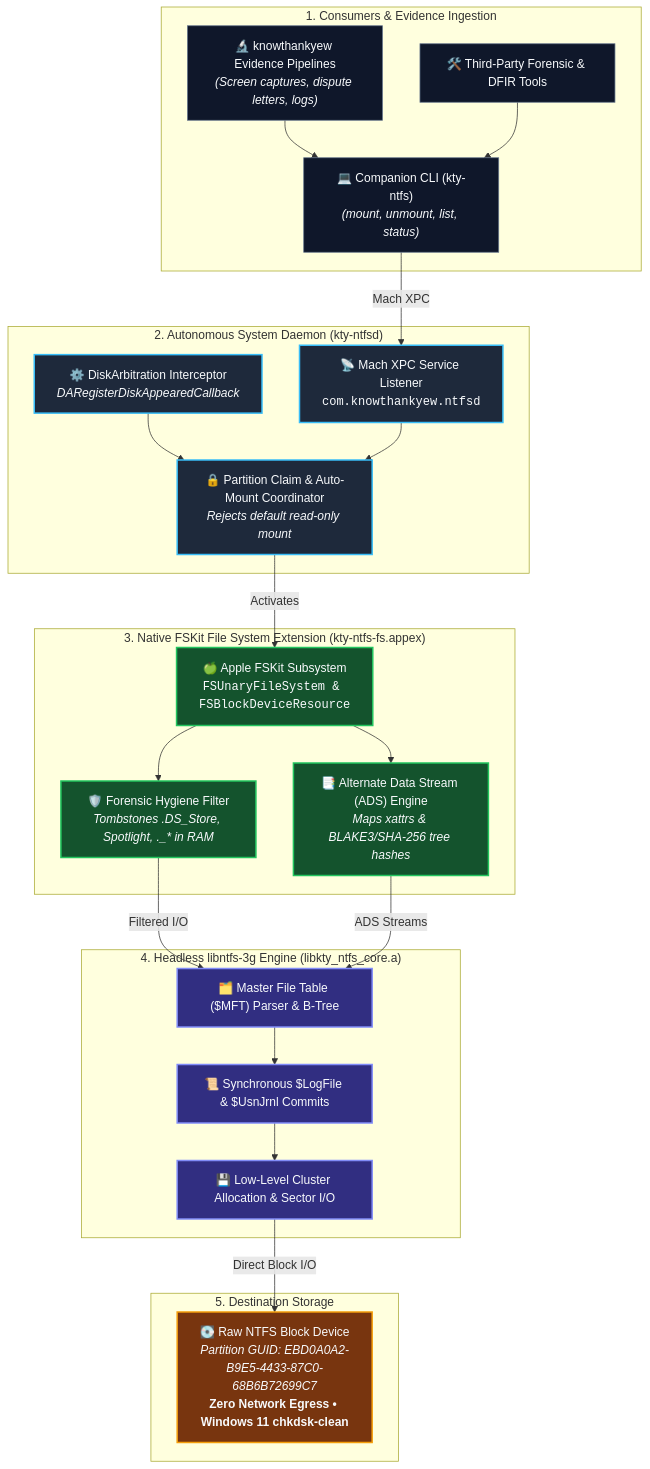
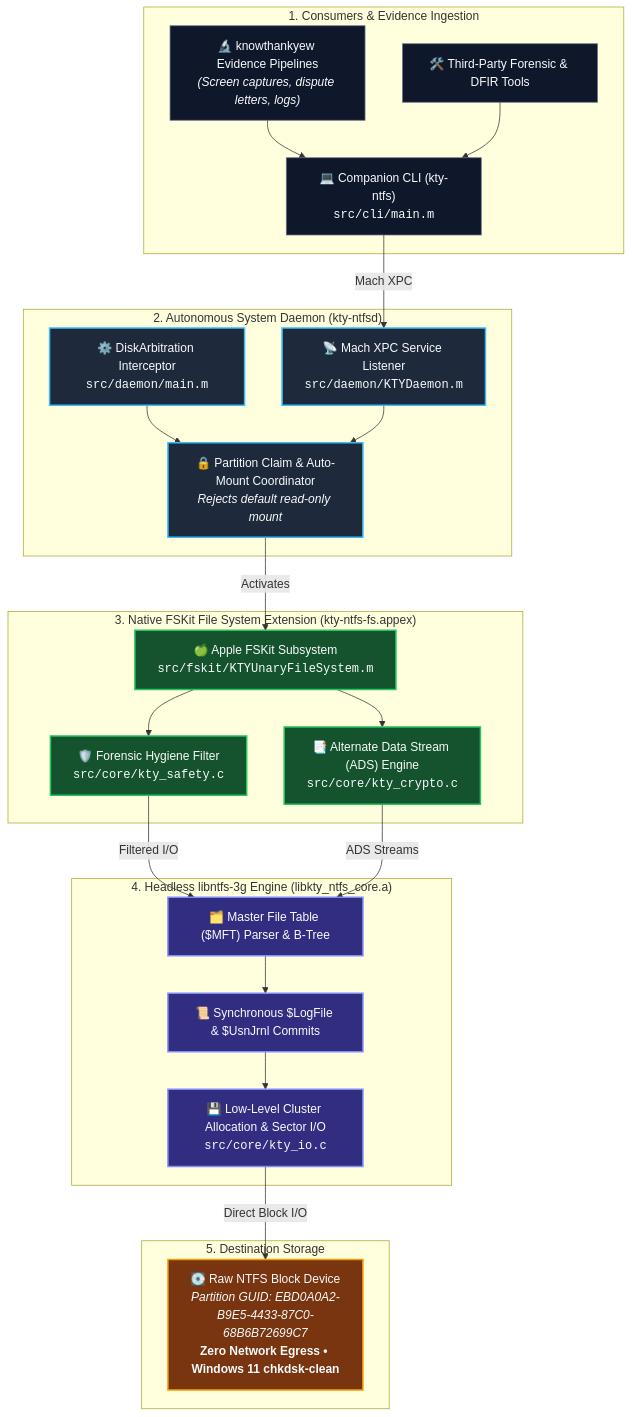
Before and after one commit to knowthankyew/kty-ntfs: the first of 2 diagrams in docs/ARCHITECTURE.md, drawn with Mermaid. The commit also changed other lines of this file and 1 other file, not shown here.

Commit message:
chore(claims): scan docs/*.md dynamically, unify egress checks, and anchor diagram paths

````diff
--- a/docs/ARCHITECTURE.md
+++ b/docs/ARCHITECTURE.md
@@ -40,58 +41,58 @@
 ```mermaid
 flowchart TD
     subgraph Invokers["1. Consumers & Evidence Ingestion"]
         Pipelines["🔬 knowthankyew Evidence Pipelines<br/><i>(Screen captures, dispute letters, logs)</i>"]
-        CLI["💻 Companion CLI (kty-ntfs)<br/><i>(mount, unmount, list, status)</i>"]
+        CLI["💻 Companion CLI (kty-ntfs)<br/><code>src/cli/main.m</code>"]
         ForensicTools["🛠️ Third-Party Forensic & DFIR Tools"]
     end
 
     subgraph DaemonLayer["2. Autonomous System Daemon (kty-ntfsd)"]
-        DA["⚙️ DiskArbitration Interceptor<br/><i>DARegisterDiskAppearedCallback</i>"]
-        XPC["📡 Mach XPC Service Listener<br/><code>com.knowthankyew.ntfsd</code>"]
+        DA["⚙️ DiskArbitration Interceptor<br/><code>src/daemon/main.m</code>"]
+        XPC["📡 Mach XPC Service Listener<br/><code>src/daemon/KTYDaemon.m</code>"]
         ClaimEngine["🔒 Partition Claim & Auto-Mount Coordinator<br/><i>Rejects default read-only mount</i>"]
     end
 
     subgraph FSKitExtension["3. Native FSKit File System Extension (kty-ntfs-fs.appex)"]
-        FSKCore["🍏 Apple FSKit Subsystem<br/><code>FSUnaryFileSystem & FSBlockDeviceResource</code>"]
-        HygieneFilter["🛡️ Forensic Hygiene Filter<br/><i>Tombstones .DS_Store, Spotlight, ._* in RAM</i>"]
-        ADSMapper["📑 Alternate Data Stream (ADS) Engine<br/><i>Maps xattrs & BLAKE3/SHA-256 tree hashes</i>"]
+        FSKCore["🍏 Apple FSKit Subsystem<br/><code>src/fskit/KTYUnaryFileSystem.m</code>"]
+        HygieneFilter["🛡️ Forensic Hygiene Filter<br/><code>src/core/kty_safety.c</code>"]
+        ADSMapper["📑 Alternate Data Stream (ADS) Engine<br/><code>src/core/kty_crypto.c</code>"]
     end
 
     subgraph EngineCore["4. Headless libntfs-3g Engine (libkty_ntfs_core.a)"]
         MFT["🗂️ Master File Table ($MFT) Parser & B-Tree"]
         Journal["📜 Synchronous $LogFile & $UsnJrnl Commits"]
-        ClusterAlloc["💾 Low-Level Cluster Allocation & Sector I/O"]
+        ClusterAlloc["💾 Low-Level Cluster Allocation & Sector I/O<br/><code>src/core/kty_io.c</code>"]
     end
 
     subgraph PhysicalMedia["5. Destination Storage"]
         NTFSDevice["💽 Raw NTFS Block Device<br/><i>Partition GUID: EBD0A0A2-B9E5-4433-87C0-68B6B72699C7</i><br/><b>Zero Network Egress • Windows 11 chkdsk-clean</b>"]
     end
 
     %% Interactions
     Pipelines & ForensicTools --> CLI
     CLI -->|"Mach XPC"| XPC
     DA --> ClaimEngine
     XPC --> ClaimEngine
     ClaimEngine -->|"Activates"| FSKCore
 
     FSKCore --> HygieneFilter
     FSKCore --> ADSMapper
     HygieneFilter -->|"Filtered I/O"| MFT
     ADSMapper -->|"ADS Streams"| MFT
 
     MFT --> Journal
     Journal --> ClusterAlloc
     ClusterAlloc -->|"Direct Block I/O"| NTFSDevice
 
     classDef invoker fill:#0f172a,stroke:#64748b,stroke-width:1px,color:#f8fafc;
     classDef daemon fill:#1e293b,stroke:#38bdf8,stroke-width:2px,color:#f8fafc;
     classDef fskit fill:#14532d,stroke:#22c55e,stroke-width:2px,color:#f8fafc;
     classDef core fill:#312e81,stroke:#818cf8,stroke-width:2px,color:#f8fafc;
     classDef media fill:#78350f,stroke:#f59e0b,stroke-width:2px,color:#f8fafc;
 
     class Pipelines,CLI,ForensicTools invoker;
     class DA,XPC,ClaimEngine daemon;
     class FSKCore,HygieneFilter,ADSMapper fskit;
     class MFT,Journal,ClusterAlloc core;
     class NTFSDevice media;
 ```
````
